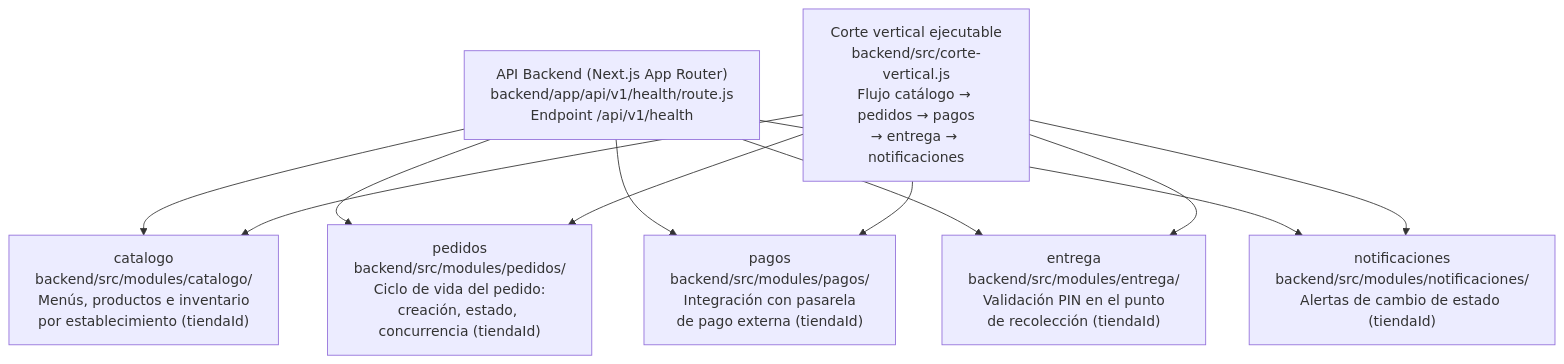
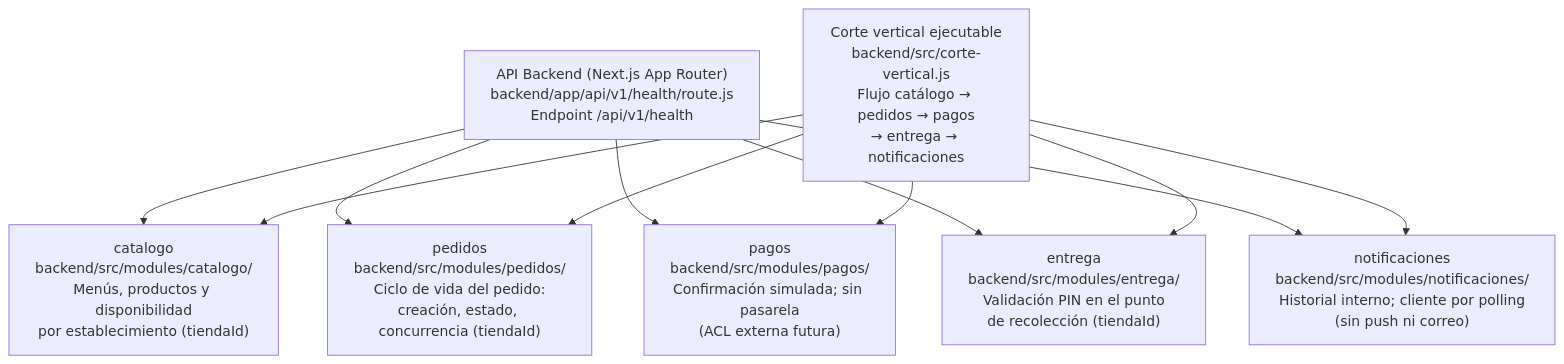
Before and after one commit to ISCOUTB/AS_202620_LaPlacita: the first of 7 diagrams in docs/arc42/arc42-template-EN.md, drawn with Mermaid. The commit also changed other lines of this file and 30 other files, not shown here.

````diff
--- a/docs/arc42/arc42-template-EN.md
+++ b/docs/arc42/arc42-template-EN.md
@@ -136,22 +137,22 @@
 ```mermaid
 graph TD
     API["API Backend (Next.js App Router)\nbackend/app/api/v1/health/route.js\nEndpoint /api/v1/health"]
     CV["Corte vertical ejecutable\nbackend/src/corte-vertical.js\nFlujo catálogo → pedidos → pagos\n→ entrega → notificaciones"]
 
-    CAT["catalogo\nbackend/src/modules/catalogo/\nMenús, productos e inventario\npor establecimiento (tiendaId)"]
+    CAT["catalogo\nbackend/src/modules/catalogo/\nMenús, productos y disponibilidad\npor establecimiento (tiendaId)"]
     PED["pedidos\nbackend/src/modules/pedidos/\nCiclo de vida del pedido:\ncreación, estado, concurrencia (tiendaId)"]
-    PAG["pagos\nbackend/src/modules/pagos/\nIntegración con pasarela\nde pago externa (tiendaId)"]
+    PAG["pagos\nbackend/src/modules/pagos/\nConfirmación simulada; sin pasarela\n(ACL externa futura)"]
     ENT["entrega\nbackend/src/modules/entrega/\nValidación PIN en el punto\nde recolección (tiendaId)"]
-    NOT["notificaciones\nbackend/src/modules/notificaciones/\nAlertas de cambio de estado (tiendaId)"]
+    NOT["notificaciones\nbackend/src/modules/notificaciones/\nHistorial interno; cliente por polling\n(sin push ni correo)"]
 
     API --> CAT
     API --> PED
     API --> PAG
     API --> ENT
     API --> NOT
     CV --> CAT
     CV --> PED
     CV --> PAG
     CV --> ENT
     CV --> NOT
 ```
````
